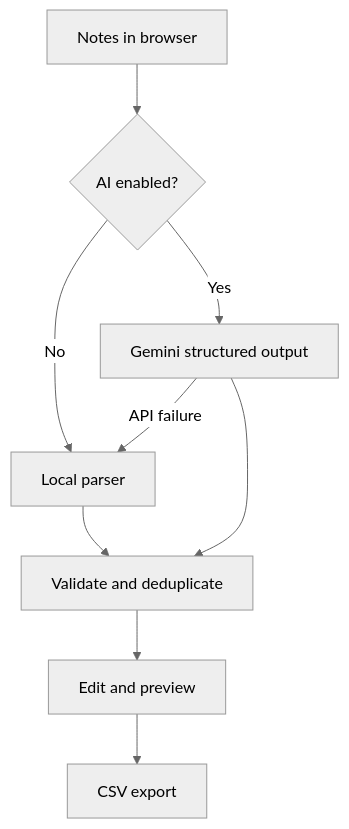
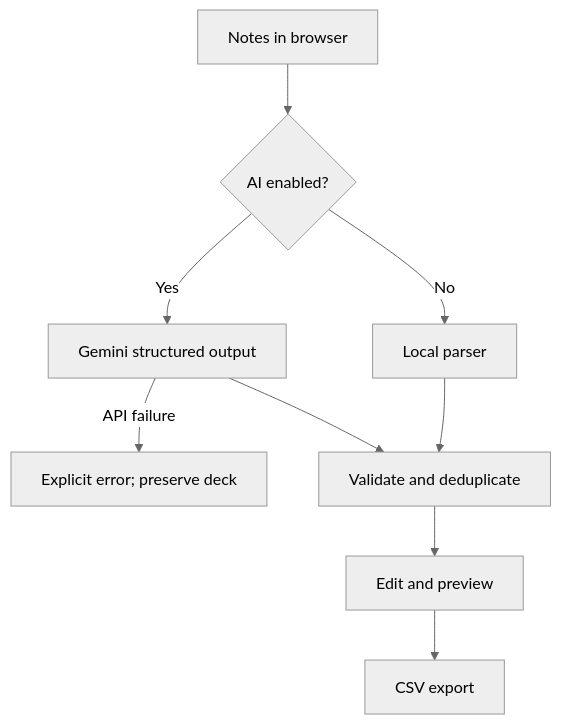
One commit to kevinhshen/Flashcard-Generator-AI changed the diagram in docs/architecture.md. Above: the diagram before and after it, drawn with Mermaid (neutral theme). The commit also changed other lines of this file and 19 other files, not shown here.

````diff
--- a/docs/architecture.md
+++ b/docs/architecture.md
@@ -9,11 +9,11 @@
 ```mermaid
 flowchart TD
     A[Notes in browser] --> B{AI enabled?}
     B -- No --> C[Local parser]
     B -- Yes --> D[Gemini structured output]
-    D -- API failure --> C
+    D -- API failure --> H[Explicit error; preserve deck]
     C --> E[Validate and deduplicate]
     D --> E
     E --> F[Edit and preview]
     F --> G[CSV export]
 ```
````
